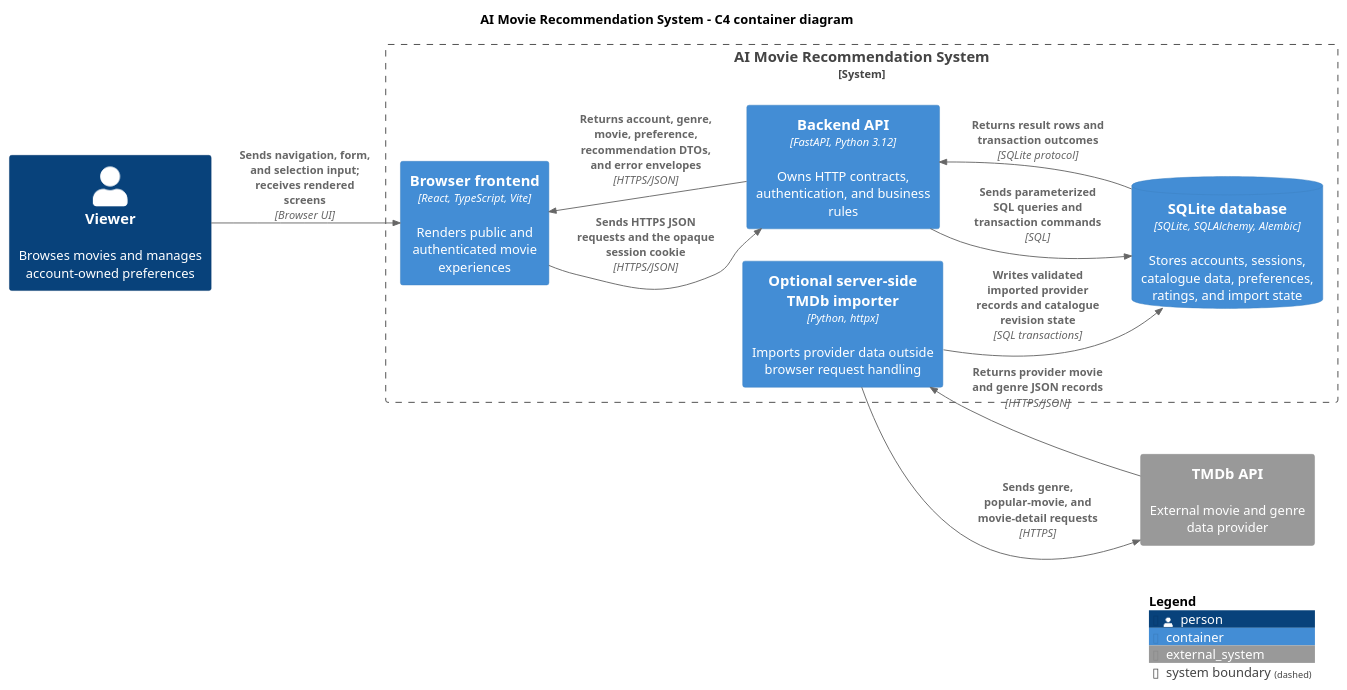
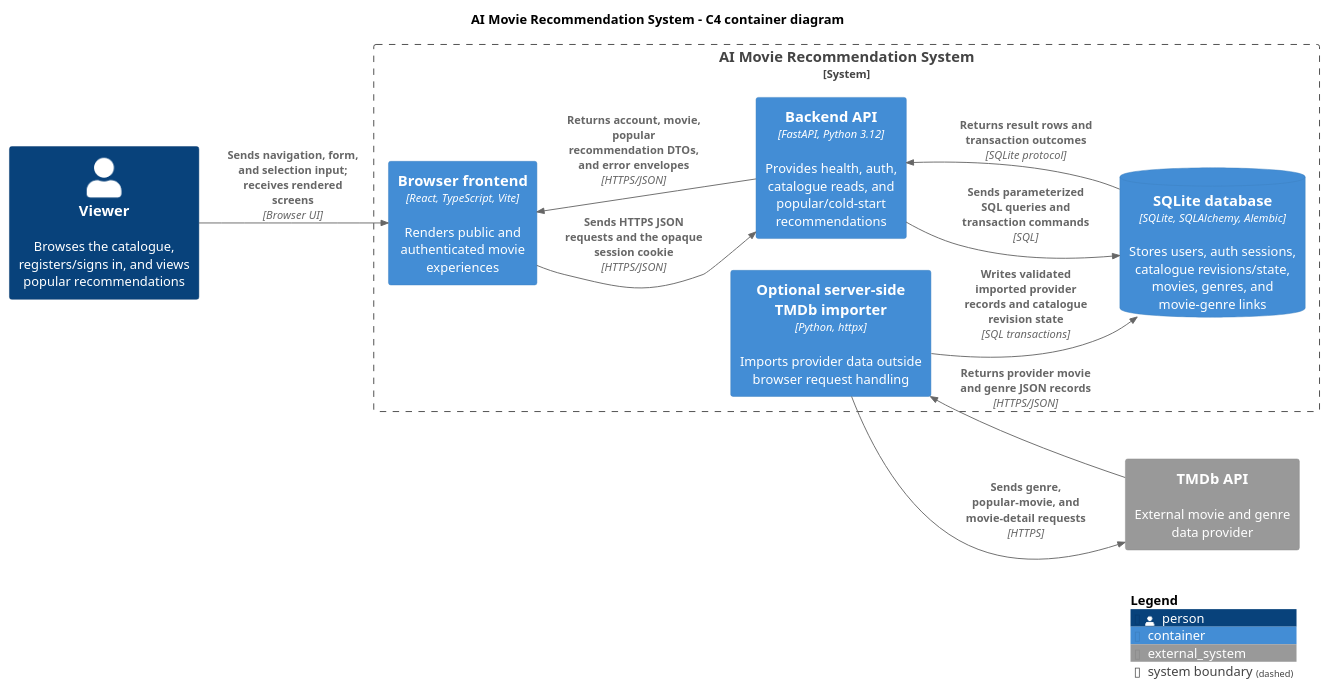
The diagram in docs/images/architecture.puml (SE-FDA-NEU/ai66a_group3_C1_SE), drawn with PlantUML before and after one commit.

Commit message:
docs: update viewer description and backend API details in architecture diagram

```diff
--- a/docs/images/architecture.puml
+++ b/docs/images/architecture.puml
@@ -1,29 +1,29 @@
 @startuml
 !include <C4/C4_Container>
 
 title AI Movie Recommendation System - C4 container diagram
 
 LAYOUT_LEFT_RIGHT()
 
-Person(viewer, "Viewer", "Browses movies and manages account-owned preferences")
+Person(viewer, "Viewer", "Browses the catalogue, registers/signs in, and views popular recommendations")
 
 System_Boundary(ams, "AI Movie Recommendation System") {
     Container(web, "Browser frontend", "React, TypeScript, Vite", "Renders public and authenticated movie experiences")
-    Container(api, "Backend API", "FastAPI, Python 3.12", "Owns HTTP contracts, authentication, and business rules")
-    ContainerDb(db, "SQLite database", "SQLite, SQLAlchemy, Alembic", "Stores accounts, sessions, catalogue data, preferences, ratings, and import state")
+    Container(api, "Backend API", "FastAPI, Python 3.12", "Provides health, auth, catalogue reads, and popular/cold-start recommendations")
+    ContainerDb(db, "SQLite database", "SQLite, SQLAlchemy, Alembic", "Stores users, auth sessions, catalogue revisions/state, movies, genres, and movie-genre links")
     Container(importer, "Optional server-side TMDb importer", "Python, httpx", "Imports provider data outside browser request handling")
 }
 
 System_Ext(tmdb, "TMDb API", "External movie and genre data provider")
 
 Rel(viewer, web, "Sends navigation, form, and selection input; receives rendered screens", "Browser UI")
 Rel(web, api, "Sends HTTPS JSON requests and the opaque session cookie", "HTTPS/JSON")
-Rel(api, web, "Returns account, genre, movie, preference, recommendation DTOs, and error envelopes", "HTTPS/JSON")
+Rel(api, web, "Returns account, movie, popular recommendation DTOs, and error envelopes", "HTTPS/JSON")
 Rel(api, db, "Sends parameterized SQL queries and transaction commands", "SQL")
 Rel(db, api, "Returns result rows and transaction outcomes", "SQLite protocol")
 Rel(importer, tmdb, "Sends genre, popular-movie, and movie-detail requests", "HTTPS")
 Rel(tmdb, importer, "Returns provider movie and genre JSON records", "HTTPS/JSON")
 Rel(importer, db, "Writes validated imported provider records and catalogue revision state", "SQL transactions")
 
 SHOW_LEGEND()
 @enduml
```
